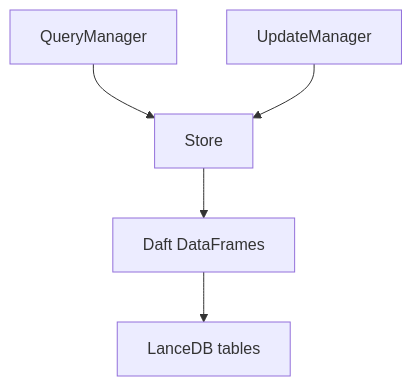
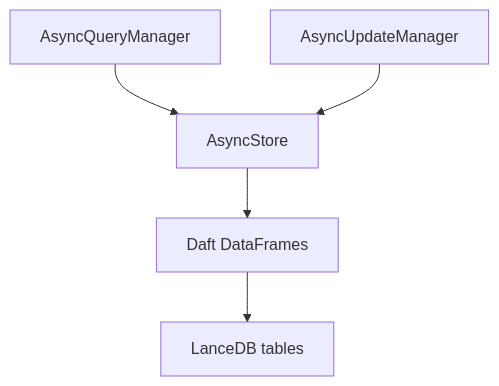
Before and after one commit to VangelisTech/archetype: the fifth of 7 diagrams in docs/guide/core-architecture.md, drawn with Mermaid. The commit also changed other lines of this file and 64 other files, not shown here.

````diff
--- a/docs/guide/core-architecture.md
+++ b/docs/guide/core-architecture.md
@@ -149,13 +150,13 @@
 ```mermaid
 graph TB
-    QM["QueryManager"]
-    UM["UpdateManager"]
-    Store["Store"]
+    QM["AsyncQueryManager"]
+    UM["AsyncUpdateManager"]
+    Store["AsyncStore"]
     Lance["LanceDB tables"]
     Daft["Daft DataFrames"]
 
     QM --> Store
     UM --> Store
     Store --> Daft
     Daft --> Lance
 ```
````
